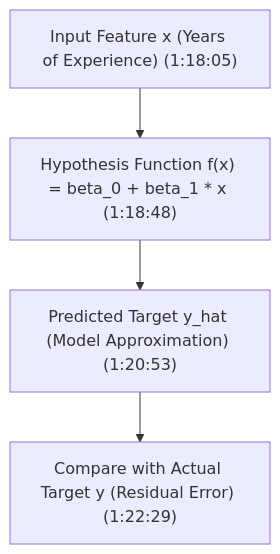
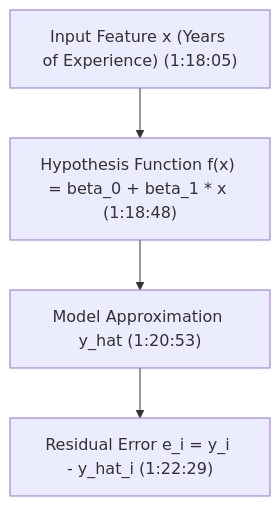
Before and after one commit to xrcodexcode/xr_node: the second of 3 diagrams in 01_RAW/PROCESS/learn-core-machine-learning-part-03.md, drawn with Mermaid. The commit also changed other lines of this file and 15 other files, not shown here.

````diff
--- a/01_RAW/PROCESS/learn-core-machine-learning-part-03.md
+++ b/01_RAW/PROCESS/learn-core-machine-learning-part-03.md
@@ -84,6 +94,6 @@
 ```mermaid
 flowchart TD
-    A["Input Feature x (Years of Experience) (1:18:05)"] --> B["Hypothesis Function f(x) = beta_0 + beta_1 * x (1:18:48)"]
-    B --> C["Predicted Target y_hat (Model Approximation) (1:20:53)"]
-    C --> D["Compare with Actual Target y (Residual Error) (1:22:29)"]
+    Input["Input Feature x (Years of Experience) (1:18:05)"] --> Mapping["Hypothesis Function f(x) = beta_0 + beta_1 * x (1:18:48)"]
+    Mapping --> Approx["Model Approximation y_hat (1:20:53)"]
+    Approx --> Error["Residual Error e_i = y_i - y_hat_i (1:22:29)"]
 ```
````
